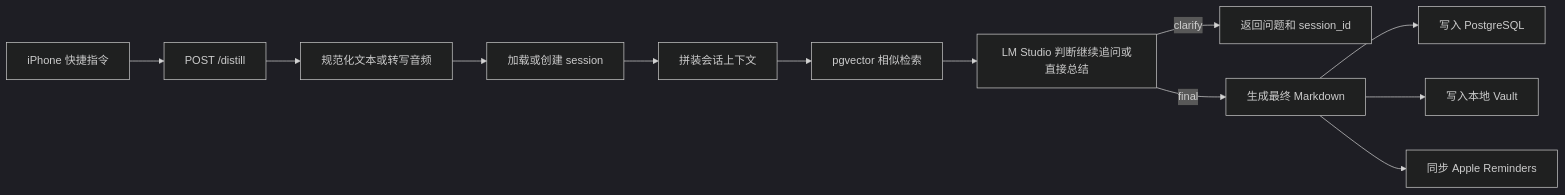
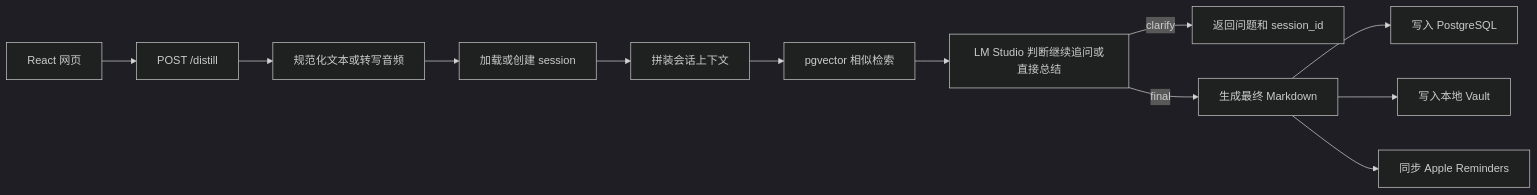
One commit to sadofriod/adhd-healing changed the diagram in README.zh-CN.md. Above: the diagram before and after it, drawn with Mermaid (dark theme). The commit also changed other lines of this file and 50 other files, not shown here.

````diff
--- a/README.zh-CN.md
+++ b/README.zh-CN.md
@@ -29,14 +30,14 @@
 ```mermaid
 flowchart LR
-    A[iPhone 快捷指令] --> B[POST /distill]
+  A[React 网页] --> B[POST /distill]
     B --> C[规范化文本或转写音频]
     C --> D[加载或创建 session]
     D --> E[拼装会话上下文]
     E --> F[pgvector 相似检索]
     F --> G[LM Studio 判断继续追问或直接总结]
     G -->|clarify| H[返回问题和 session_id]
     G -->|final| I[生成最终 Markdown]
     I --> J[写入 PostgreSQL]
     I --> K[写入本地 Vault]
     I --> L[同步 Apple Reminders]
 ```
````
